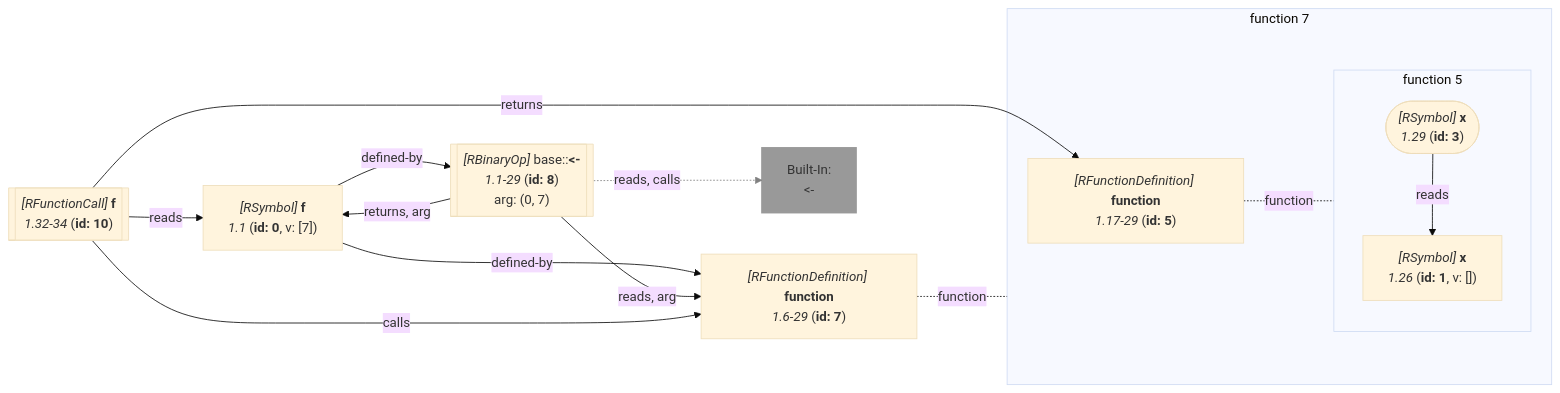
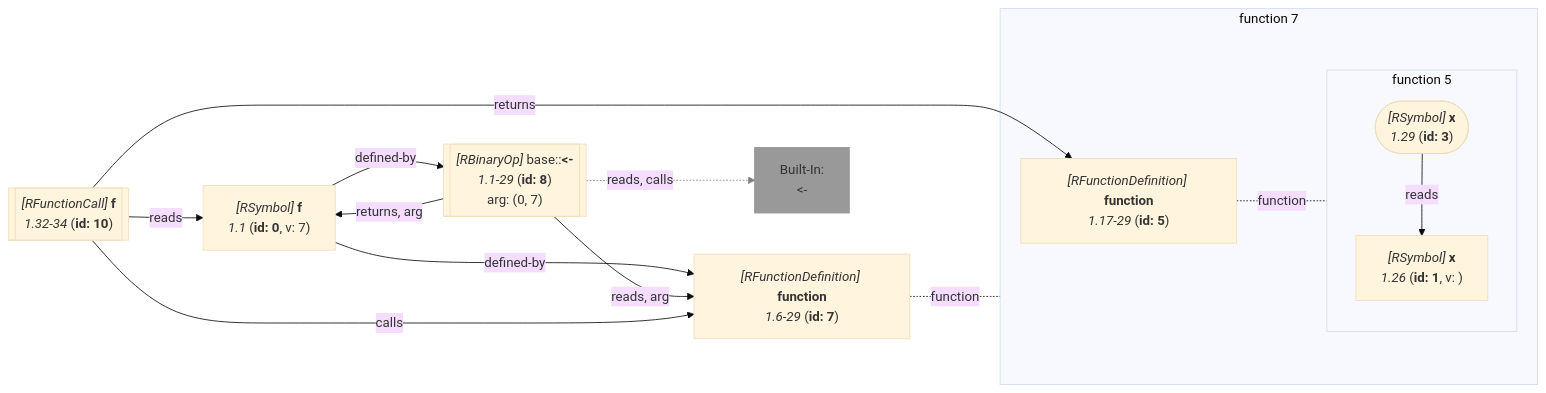
Before and after one commit to flowr-analysis/flowr: diagram 14 of 21 in wiki/Query API.md, drawn with Mermaid (base theme). The commit also changed other lines of this file and 134 other files, not shown here.

````diff
--- a/wiki/Query API.md
+++ b/wiki/Query API.md
@@ -4884,52 +5050,52 @@
 ```mermaid
 flowchart LR
     7["`*#91;RFunctionDefinition#93;* **function**
       *1.6-29* (**id: 7**)`"]
 
 subgraph "flow-7" [function 7]
     %% Environment of 5 [level: 1]:
     %% Built-in
-    %% 1003----------------------------------------
-    %% 1004----------------------------------------
+    %% 2551----------------------------------------
+    %% 2552----------------------------------------
     5["`*#91;RFunctionDefinition#93;* **function**
       *1.17-29* (**id: 5**)`"]
 
 subgraph "flow-5" [function 5]
     1["`*#91;RSymbol#93;* **x**
-      *1.26* (**id: 1**, v: [])`"]
+      *1.26* (**id: 1**, v: )`"]
    %% No edges found for 1
     3(["`*#91;RSymbol#93;* **x**
       *1.29* (**id: 3**)`"])
 end
    %% No edges found for 5
 end
    %% No edges found for 7
     0["`*#91;RSymbol#93;* **f**
-      *1.1* (**id: 0**, v: [7])`"]
+      *1.1* (**id: 0**, v: 7)`"]
     8[["`*#91;RBinaryOp#93;* base#58;#58;**#60;#45;**
       *1.1-29* (**id: 8**)
     arg: (0, 7)`"]]
     built-in:_-["`Built-In:
 #60;#45;`"]
     style built-in:_- stroke:gray,fill:gray,stroke-width:2px,opacity:.8;
     %% Environment of 10 [level: 0]:
     %% Built-in
-    %% 1012----------------------------------------
+    %% 2560----------------------------------------
     %%   f: {**f** (id: 0, type: Function, def. @8)}
     10[["`*#91;RFunctionCall#93;* **f**
       *1.32-34* (**id: 10**)`"]]
     3 -->|"reads"| 1
 5 -.-|function| flow-5
 
 7 -.-|function| flow-7
 
     0 -->|"defined-by"| 7
     0 -->|"defined-by"| 8
     8 -->|"reads, arg"| 7
     8 -->|"returns, arg"| 0
     8 -.->|"reads, calls"| built-in:_-
     linkStyle 7 stroke:gray;
     10 -->|"reads"| 0
     10 -->|"returns"| 5
     10 -->|"calls"| 7
 ```
````
